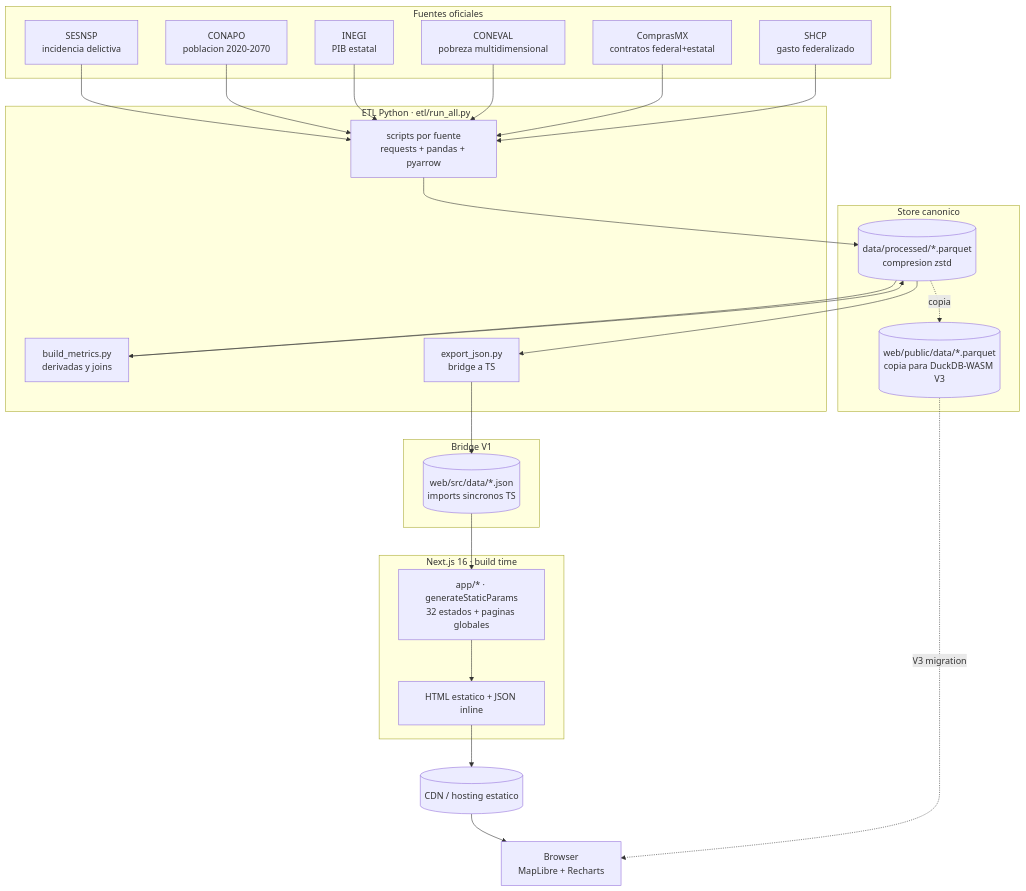
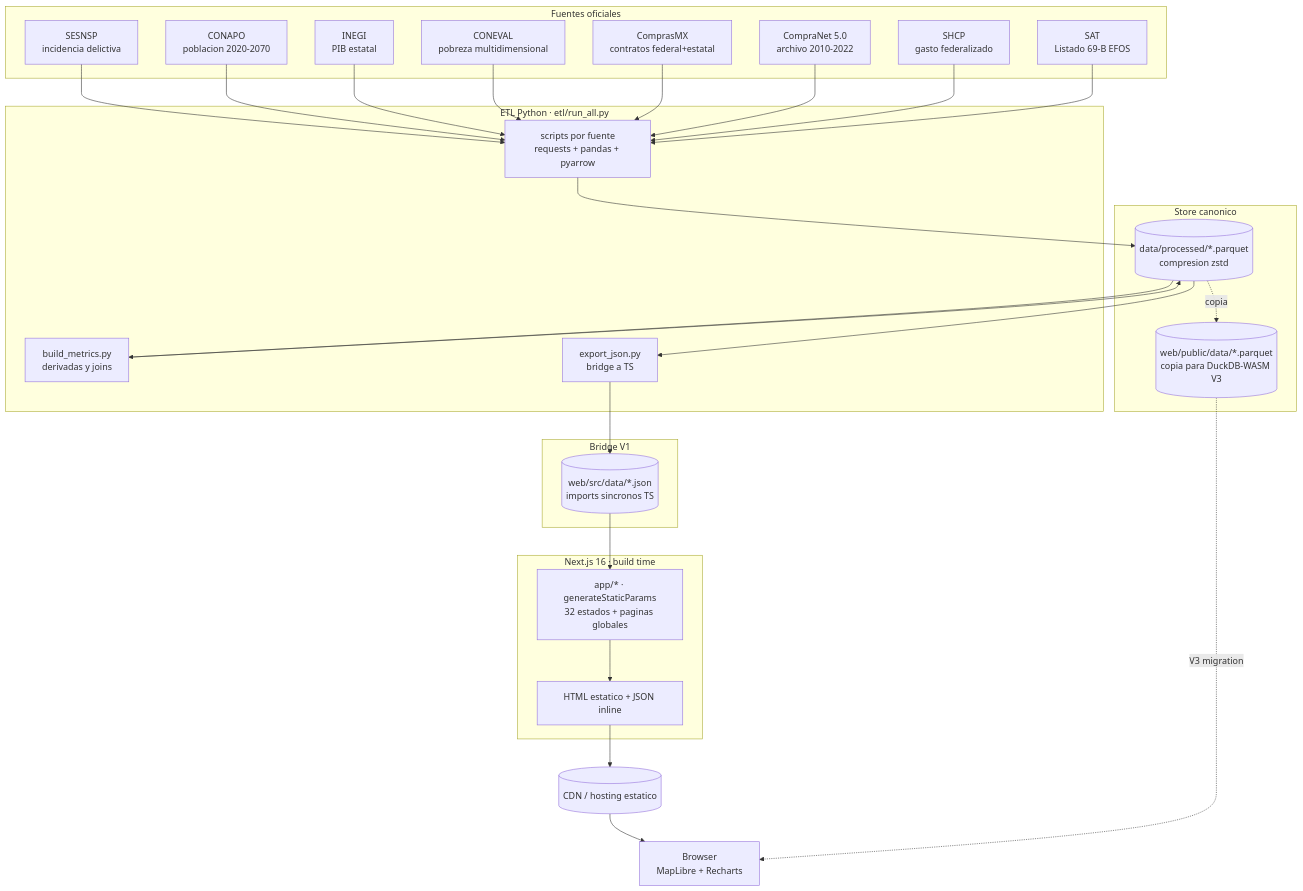
Before and after one commit to ari-fco/mexico-bajo-lupa: the first of 4 diagrams in docs/ARQUITECTURA.md, drawn with Mermaid. The commit also changed other lines of this file, not shown here.

Commit message:
docs: update architecture intro to reflect SAT EFOS and CompraNet 5.0
The header undercount fuentes oficiales (6 vs 7) and the diagram-1
mermaid was missing two of the four newer ingests (CompraNet 5.0
historical archive and SAT 69-B). Updated the prose and the
flowchart so the public architecture doc agrees with what
run_all.py actually orchestrates and what /efos and /historico
consume at build time.

Diagrama 2 (detailed per-script flow) still reflects the older
six-source pipeline. Left for a separate pass since it would mean
rewriting the full mermaid node graph; the diagram-1 overview now
gives the accurate big picture.

````diff
--- a/docs/ARQUITECTURA.md
+++ b/docs/ARQUITECTURA.md
@@ -13,55 +13,59 @@
 ```mermaid
 flowchart TD
     subgraph Fuentes["Fuentes oficiales"]
         SESNSP[SESNSP<br/>incidencia delictiva]
         CONAPO[CONAPO<br/>poblacion 2020-2070]
         INEGI[INEGI<br/>PIB estatal]
         CONEVAL[CONEVAL<br/>pobreza multidimensional]
         CMX[ComprasMX<br/>contratos federal+estatal]
+        CMXH[CompraNet 5.0<br/>archivo 2010-2022]
         SHCP[SHCP<br/>gasto federalizado]
+        SAT[SAT<br/>Listado 69-B EFOS]
     end
 
     subgraph ETL["ETL Python · etl/run_all.py"]
         Scripts[scripts por fuente<br/>requests + pandas + pyarrow]
         Build[build_metrics.py<br/>derivadas y joins]
         Export[export_json.py<br/>bridge a TS]
     end
 
     subgraph Canonico["Store canonico"]
         ParquetProc[(data/processed/*.parquet<br/>compresion zstd)]
         ParquetWeb[(web/public/data/*.parquet<br/>copia para DuckDB-WASM V3)]
     end
 
     subgraph Bridge["Bridge V1"]
         JSON[(web/src/data/*.json<br/>imports sincronos TS)]
     end
 
     subgraph App["Next.js 16 · build time"]
         Pages[app/* · generateStaticParams<br/>32 estados + paginas globales]
         Hydrate[HTML estatico + JSON inline]
     end
 
     CDN[(CDN / hosting estatico)]
     Browser[Browser<br/>MapLibre + Recharts]
 
     SESNSP --> Scripts
     CONAPO --> Scripts
     INEGI --> Scripts
     CONEVAL --> Scripts
     CMX --> Scripts
+    CMXH --> Scripts
     SHCP --> Scripts
+    SAT --> Scripts
 
     Scripts --> ParquetProc
     ParquetProc --> Build
     Build --> ParquetProc
     ParquetProc --> Export
     ParquetProc -.copia.-> ParquetWeb
     Export --> JSON
 
     JSON --> Pages
     Pages --> Hydrate
     Hydrate --> CDN
     CDN --> Browser
 
     ParquetWeb -.V3 migration.-> Browser
 ```
````
